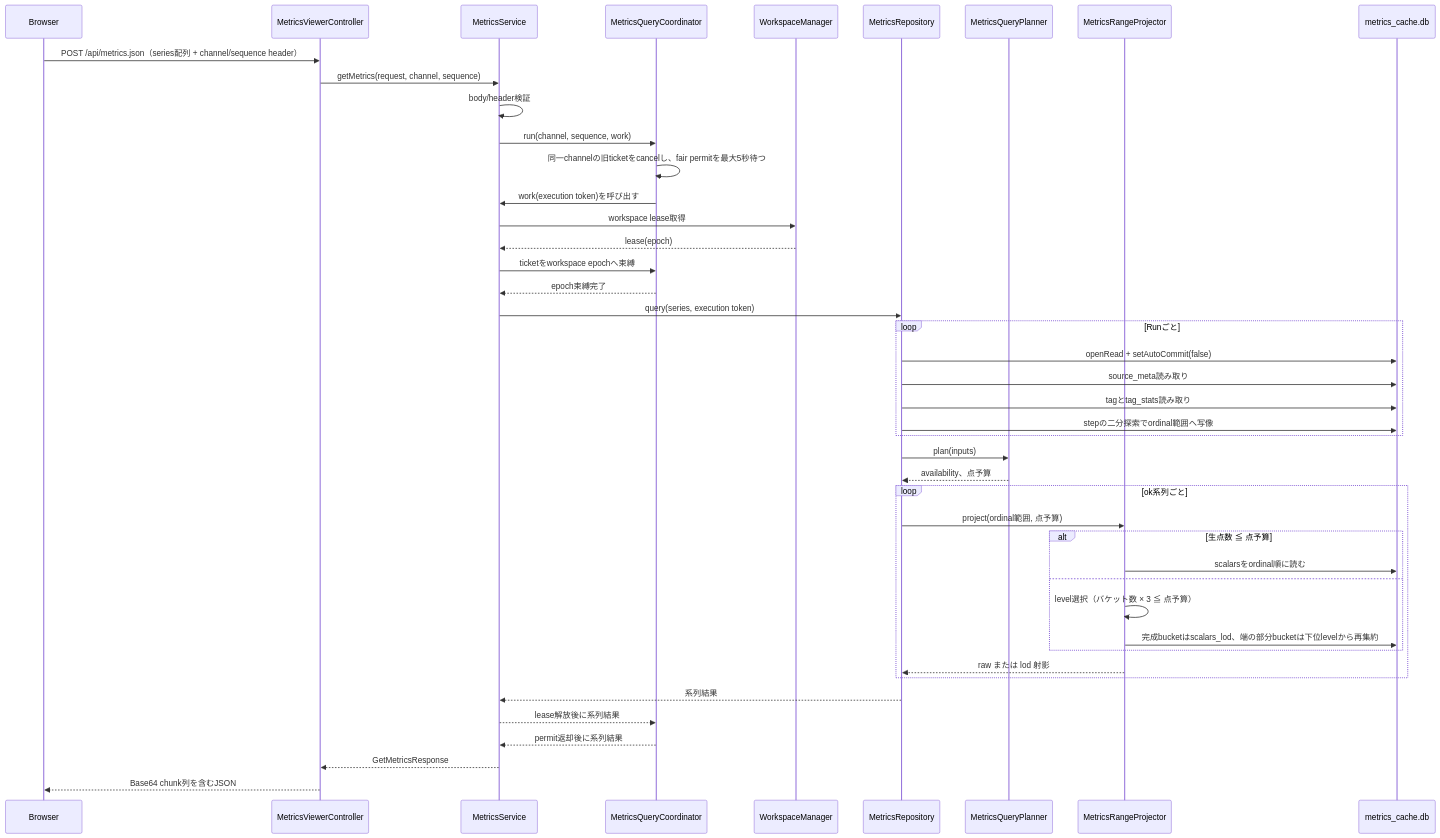
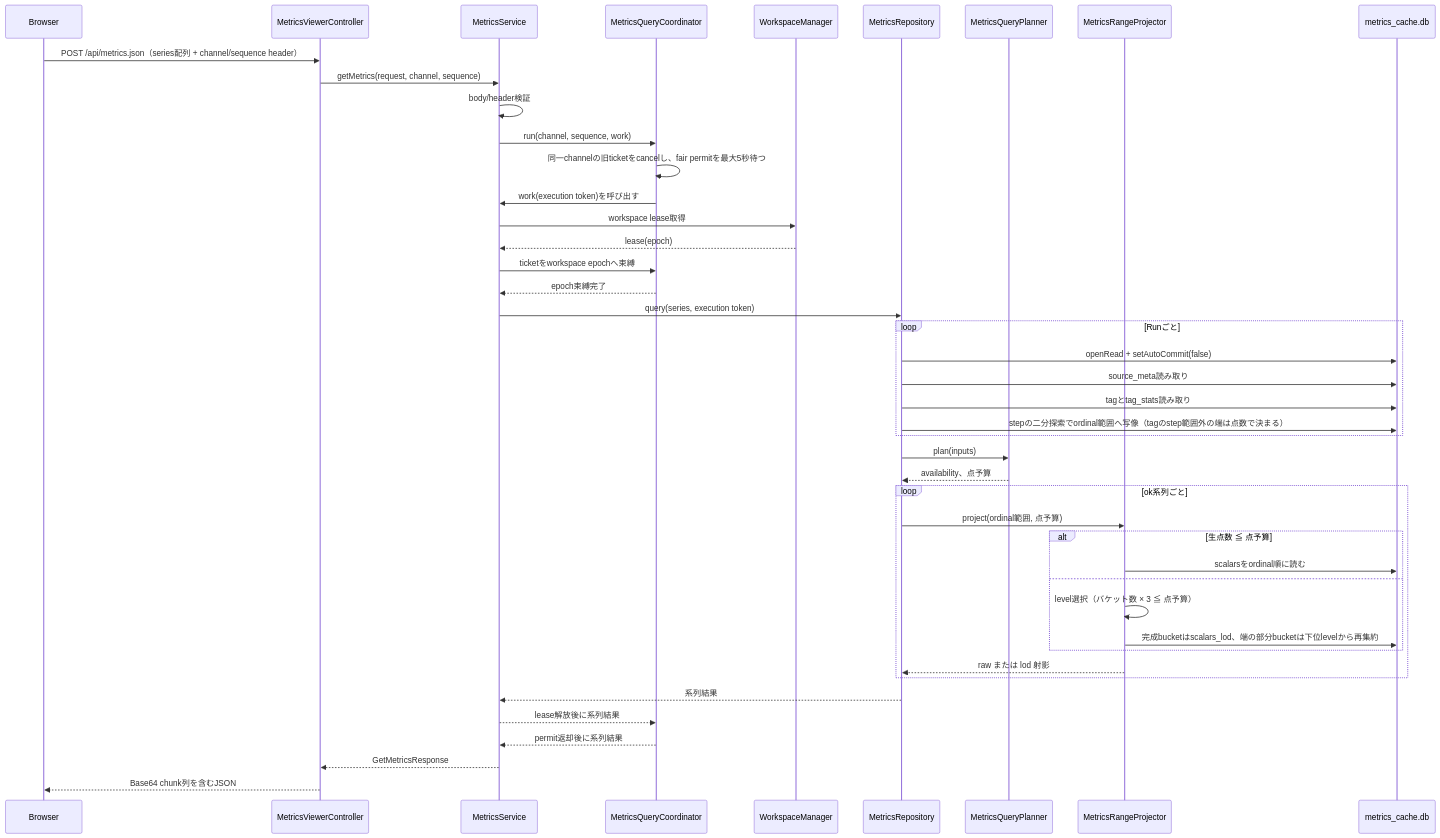
One commit to kazukin123/anet-lab changed the fourth of 5 diagrams in docs/design/210_metrics_viewer.jp.md. Above: the diagram before and after it, drawn with Mermaid. The commit also changed other lines of this file and 8 other files, not shown here.

````diff
--- a/docs/design/210_metrics_viewer.jp.md
+++ b/docs/design/210_metrics_viewer.jp.md
@@ -466,47 +469,47 @@
 ```mermaid
 sequenceDiagram
     participant B as Browser
     participant C as MetricsViewerController
     participant S as MetricsService
     participant Q as MetricsQueryCoordinator
     participant W as WorkspaceManager
     participant R as MetricsRepository
     participant P as MetricsQueryPlanner
     participant J as MetricsRangeProjector
     participant D as metrics_cache.db
 
     B->>C: POST /api/metrics.json（series配列 + channel/sequence header）
     C->>S: getMetrics(request, channel, sequence)
     S->>S: body/header検証
     S->>Q: run(channel, sequence, work)
     Q->>Q: 同一channelの旧ticketをcancelし、fair permitを最大5秒待つ
     Q->>S: work(execution token)を呼び出す
     S->>W: workspace lease取得
     W-->>S: lease(epoch)
     S->>Q: ticketをworkspace epochへ束縛
     Q-->>S: epoch束縛完了
     S->>R: query(series, execution token)
     loop Runごと
         R->>D: openRead + setAutoCommit(false)
         R->>D: source_meta読み取り
         R->>D: tagとtag_stats読み取り
-        R->>D: stepの二分探索でordinal範囲へ写像
+        R->>D: stepの二分探索でordinal範囲へ写像（tagのstep範囲外の端は点数で決まる）
     end
     R->>P: plan(inputs)
     P-->>R: availability、点予算
     loop ok系列ごと
         R->>J: project(ordinal範囲, 点予算)
         alt 生点数 ≦ 点予算
             J->>D: scalarsをordinal順に読む
         else
             J->>J: level選択（バケット数 × 3 ≦ 点予算）
             J->>D: 完成bucketはscalars_lod、端の部分bucketは下位levelから再集約
         end
         J-->>R: raw または lod 射影
     end
     R-->>S: 系列結果
     S-->>Q: lease解放後に系列結果
     Q-->>S: permit返却後に系列結果
     S-->>C: GetMetricsResponse
     C-->>B: Base64 chunk列を含むJSON
 ```
````
